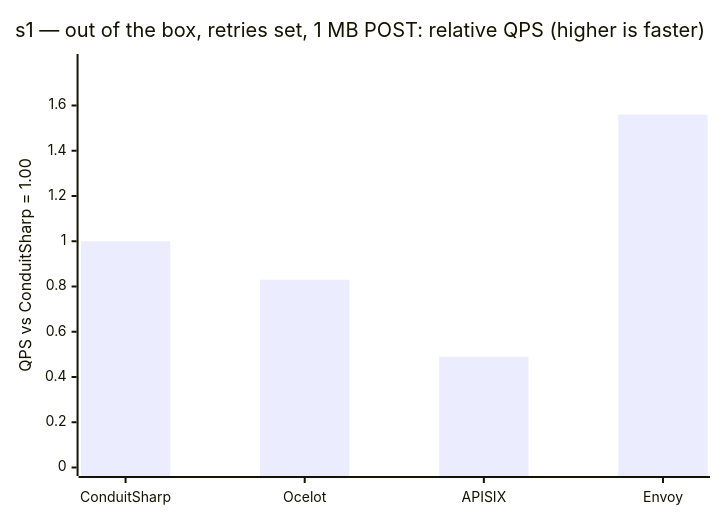
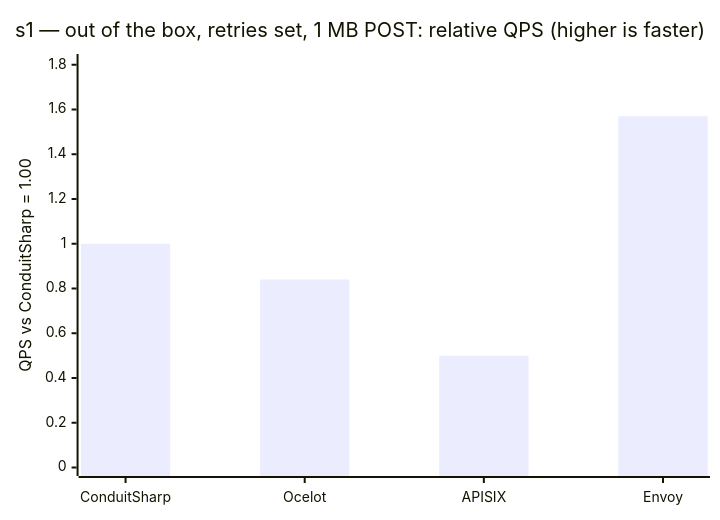
One commit to liqngliz/ConduitSharp changed the sixth of 8 diagrams in README.md. Above: the diagram before and after it, drawn with Mermaid. The commit also changed other lines of this file and 1 other file, not shown here.

````diff
--- a/README.md
+++ b/README.md
@@ -184,7 +184,7 @@
 ```mermaid
 xychart-beta
     title "s1 — out of the box, retries set, 1 MB POST: relative QPS (higher is faster)"
     x-axis ["ConduitSharp", "Ocelot", "APISIX", "Envoy"]
-    y-axis "QPS vs ConduitSharp = 1.00" 0 --> 1.79
-    bar [1.00, 0.83, 0.49, 1.56]
+    y-axis "QPS vs ConduitSharp = 1.00" 0 --> 1.81
+    bar [1.00, 0.84, 0.50, 1.57]
 ```
````
